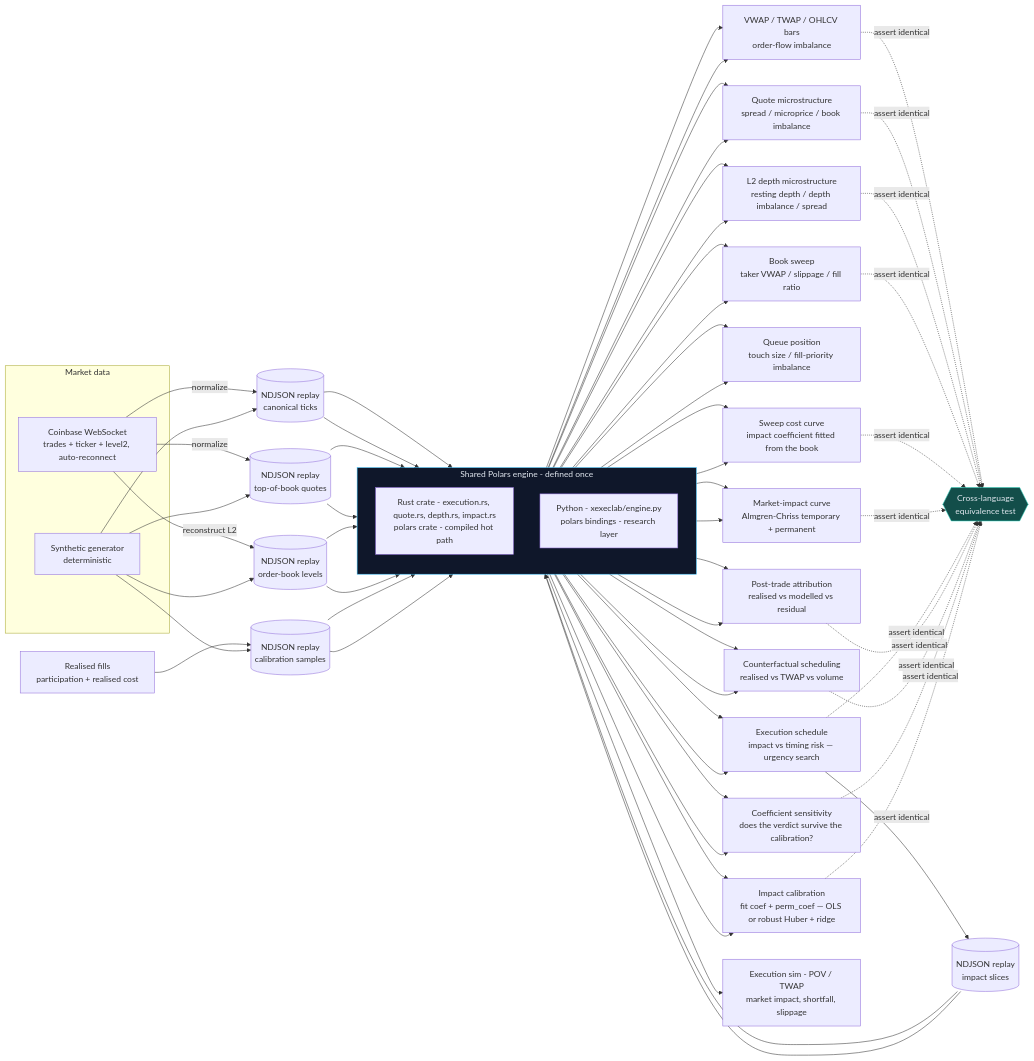
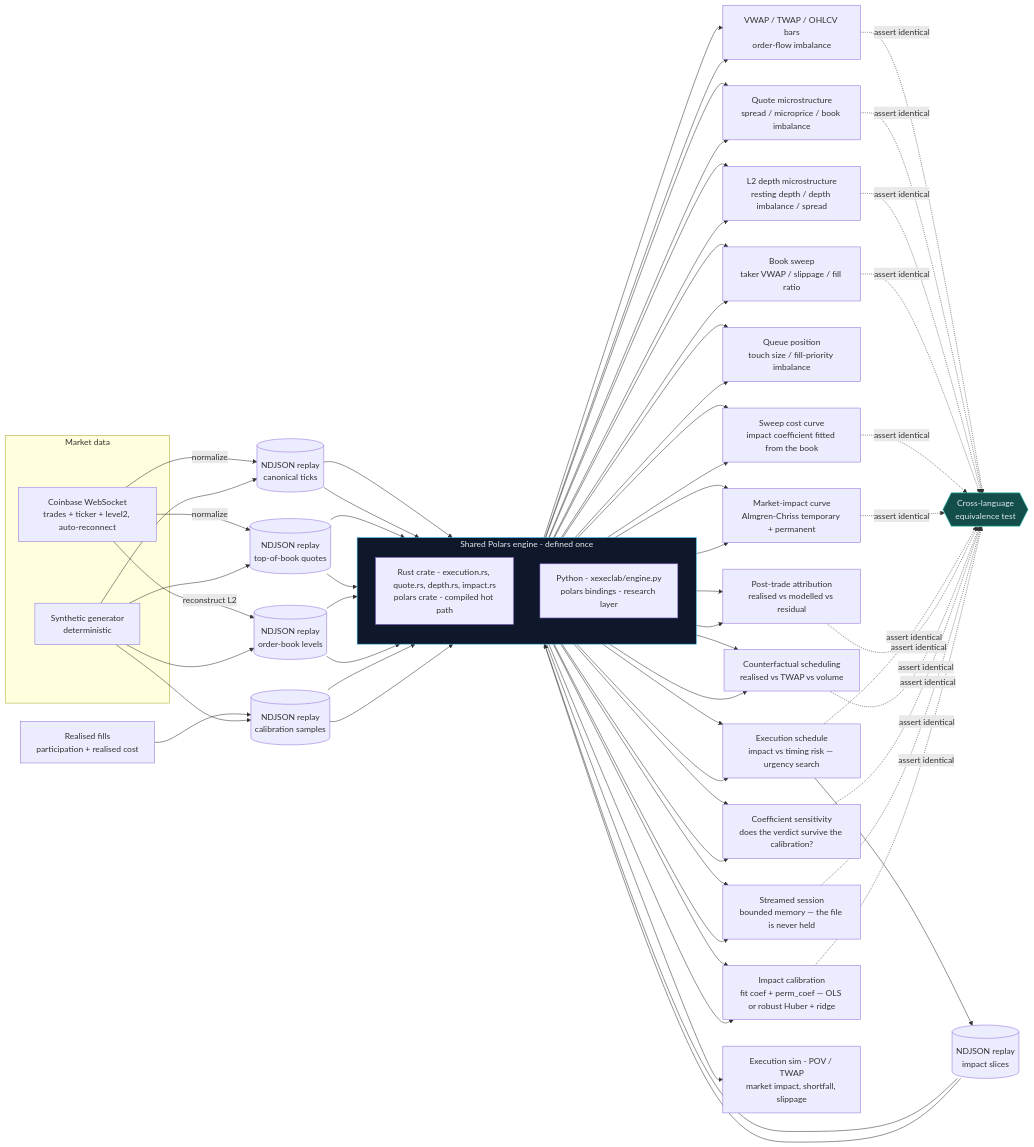
One commit to ghoshp83/polars-execution-lab changed the diagram in README.md. Above: the diagram before and after it, drawn with Mermaid. The commit also changed other lines of this file and 5 other files, not shown here.

````diff
--- a/README.md
+++ b/README.md
@@ -33,74 +33,77 @@
 ```mermaid
 flowchart LR
     subgraph ingest[Market data]
         CB[Coinbase WebSocket<br/>trades + ticker + level2, auto-reconnect]
         SYN[Synthetic generator<br/>deterministic]
     end
     CB -->|normalize| RP[(NDJSON replay<br/>canonical ticks)]
     CB -->|normalize| QRP[(NDJSON replay<br/>top-of-book quotes)]
     CB -->|reconstruct L2| BRP[(NDJSON replay<br/>order-book levels)]
     SCHED[Execution schedule<br/>participation slices] --> IRP[(NDJSON replay<br/>impact slices)]
     FILLS_IN[Realised fills<br/>participation + realised cost] --> CRP[(NDJSON replay<br/>calibration samples)]
     SYN --> RP
     SYN --> QRP
     SYN --> BRP
     SYN --> CRP
 
     subgraph engine[Shared Polars engine - defined once]
         direction TB
         RUST["Rust crate - execution.rs, quote.rs, depth.rs, impact.rs<br/>polars crate - compiled hot path"]
         PY["Python - xexeclab/engine.py<br/>polars bindings - research layer"]
     end
 
     RP --> RUST
     RP --> PY
     QRP --> RUST
     QRP --> PY
     BRP --> RUST
     BRP --> PY
     IRP --> RUST
     IRP --> PY
     CRP --> RUST
     CRP --> PY
 
     RUST --> BENCH[VWAP / TWAP / OHLCV bars<br/>order-flow imbalance]
     PY --> BENCH
     RUST --> BOOK[Quote microstructure<br/>spread / microprice / book imbalance]
     PY --> BOOK
     RUST --> DEPTH[L2 depth microstructure<br/>resting depth / depth imbalance / spread]
     PY --> DEPTH
     RUST --> QUEUE[Queue position<br/>touch size / fill-priority imbalance]
     PY --> QUEUE
     RUST --> SWEEP[Book sweep<br/>taker VWAP / slippage / fill ratio]
     PY --> SWEEP
     RUST --> CURVE[Sweep cost curve<br/>impact coefficient fitted from the book]
     PY --> CURVE
     RUST --> IMPACT[Market-impact curve<br/>Almgren-Chriss temporary + permanent]
     PY --> IMPACT
     RUST --> SCHED[Execution schedule<br/>impact vs timing risk — urgency search]
     PY --> SCHED
     RUST --> SF[Post-trade attribution<br/>realised vs modelled vs residual]
     PY --> SF
     RUST --> CF[Counterfactual scheduling<br/>realised vs TWAP vs volume]
     PY --> CF
     RUST --> SENS[Coefficient sensitivity<br/>does the verdict survive the calibration?]
     PY --> SENS
+    RUST --> STREAM[Streamed session<br/>bounded memory — the file is never held]
+    PY --> STREAM
     RUST --> CALIB[Impact calibration<br/>fit coef + perm_coef — OLS or robust Huber + ridge]
     PY --> CALIB
     PY --> FILLS["Execution sim - POV / TWAP<br/>market impact, shortfall, slippage"]
 
     BENCH -.->|assert identical| EQ{{Cross-language<br/>equivalence test}}
     BOOK -.->|assert identical| EQ
     DEPTH -.->|assert identical| EQ
     SWEEP -.->|assert identical| EQ
     CURVE -.->|assert identical| EQ
     IMPACT -.->|assert identical| EQ
     SCHED -.->|assert identical| EQ
     SF -.->|assert identical| EQ
     CF -.->|assert identical| EQ
     SENS -.->|assert identical| EQ
+    STREAM -.->|assert identical| EQ
     CALIB -.->|assert identical| EQ
 
     style engine fill:#0f172a,stroke:#38bdf8,color:#e2e8f0
     style EQ fill:#134e4a,stroke:#2dd4bf,color:#e2e8f0
 ```
````
